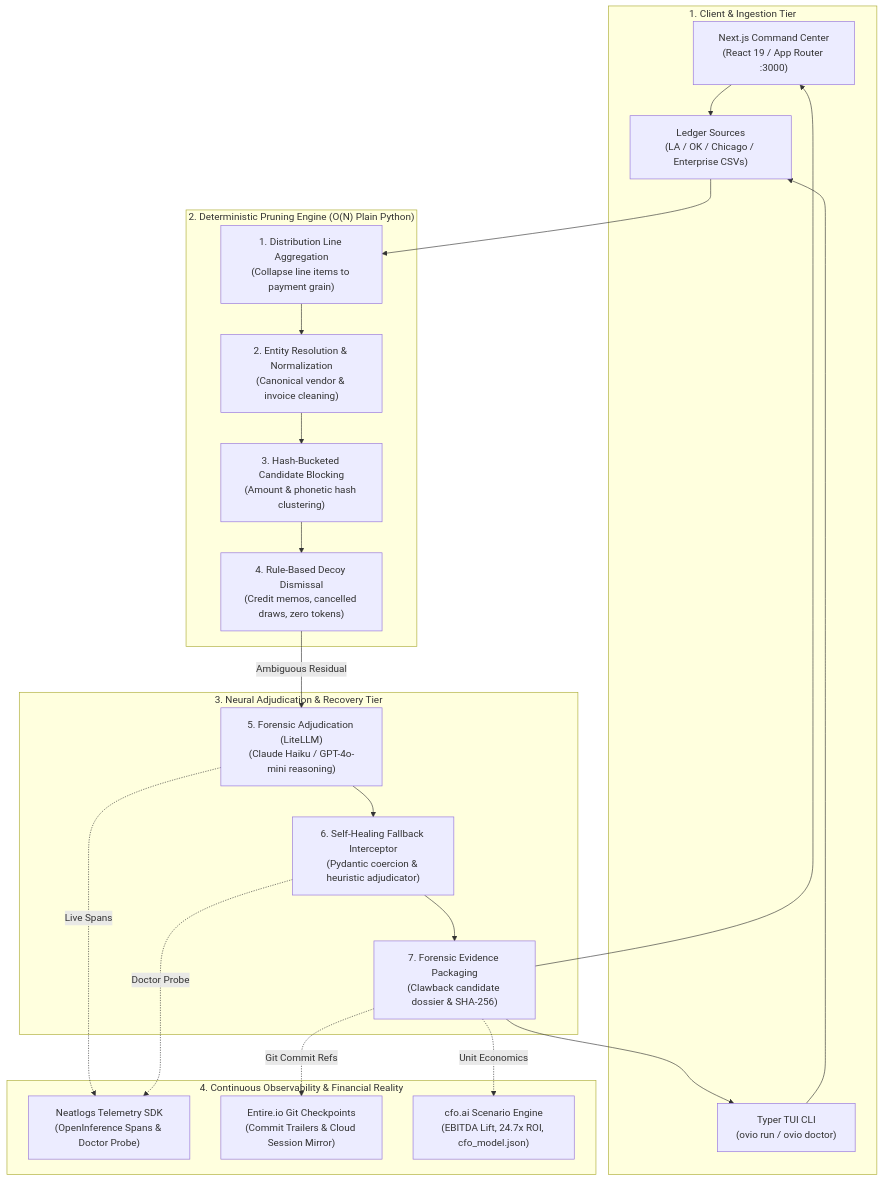
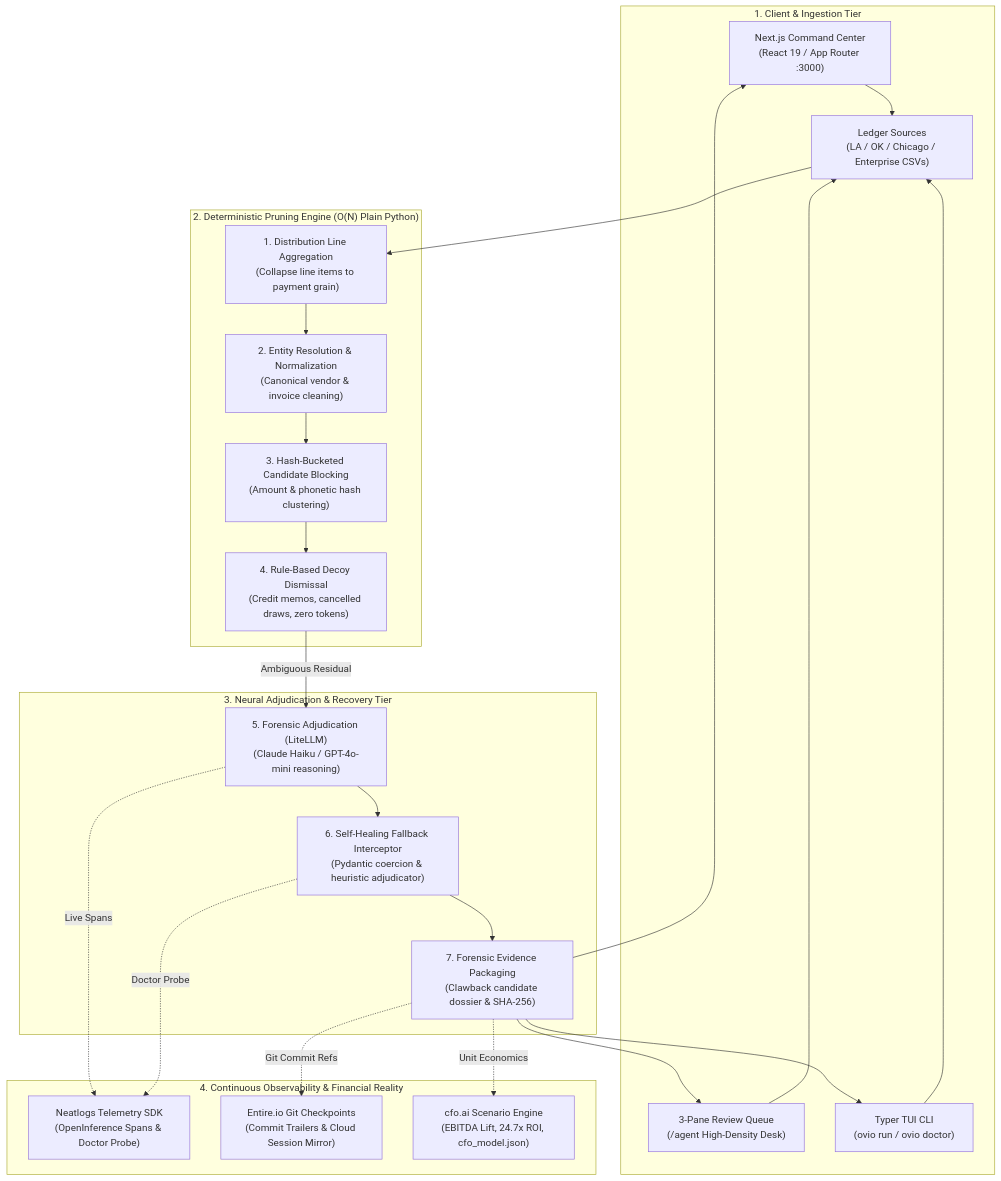
One commit to toufiqfarhan0/neat-hack changed the diagram in README.md. Above: the diagram before and after it, drawn with Mermaid. The commit also changed other lines of this file and 5 other files, not shown here.

First line of the commit message:
feat(agent): streamline /agent to 3-pane review queue with step-by-step findings and update docs

````diff
--- a/README.md
+++ b/README.md
@@ -30,44 +52,47 @@
 ```mermaid
 flowchart TD
     subgraph SG1["1. Client & Ingestion Tier"]
         UI["Next.js Command Center\n(React 19 / App Router :3000)"]
+        AGENT["3-Pane Review Queue\n(/agent High-Density Desk)"]
         CLI["Typer TUI CLI\n(ovio run / ovio doctor)"]
         CSV["Ledger Sources\n(LA / OK / Chicago / Enterprise CSVs)"]
     end
 
     subgraph SG2["2. Deterministic Pruning Engine (O(N) Plain Python)"]
         AGG["1. Distribution Line Aggregation\n(Collapse line items to payment grain)"]
         NORM["2. Entity Resolution & Normalization\n(Canonical vendor & invoice cleaning)"]
         BLOCK["3. Hash-Bucketed Candidate Blocking\n(Amount & phonetic hash clustering)"]
         PRUNE["4. Rule-Based Decoy Dismissal\n(Credit memos, cancelled draws, zero tokens)"]
     end
 
     subgraph SG3["3. Neural Adjudication & Recovery Tier"]
         LLM["5. Forensic Adjudication (LiteLLM)\n(Claude Haiku / GPT-4o-mini reasoning)"]
         HEAL["6. Self-Healing Fallback Interceptor\n(Pydantic coercion & heuristic adjudicator)"]
         EVID["7. Forensic Evidence Packaging\n(Clawback candidate dossier & SHA-256)"]
     end
 
     subgraph SG4["4. Continuous Observability & Financial Reality"]
         NL["Neatlogs Telemetry SDK\n(OpenInference Spans & Doctor Probe)"]
         ET["Entire.io Git Checkpoints\n(Commit Trailers & Cloud Session Mirror)"]
         CFO["cfo.ai Scenario Engine\n(EBITDA Lift, 24.7x ROI, cfo_model.json)"]
     end
 
     UI --> CSV
+    AGENT --> CSV
     CLI --> CSV
     CSV --> AGG
     AGG --> NORM
     NORM --> BLOCK
     BLOCK --> PRUNE
     PRUNE -->|Ambiguous Residual| LLM
     LLM --> HEAL
     HEAL --> EVID
     EVID --> UI
+    EVID --> AGENT
     EVID --> CLI
 
     LLM -.->|Live Spans| NL
     HEAL -.->|Doctor Probe| NL
     EVID -.->|Git Commit Refs| ET
     EVID -.->|Unit Economics| CFO
 ```
````
